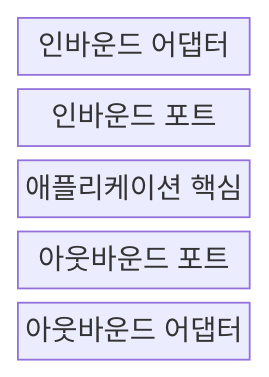
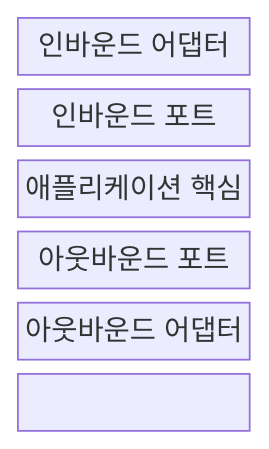
Before and after one commit to agnusdei1207/knowledge-base: the first of 2 diagrams in src/content/docs/notes/03-software/048_hexagonal_architecture.md, drawn with Mermaid. The commit also changed other lines of this file and 238 other files, not shown here.

````diff
--- a/src/content/docs/notes/03-software/048_hexagonal_architecture.md
+++ b/src/content/docs/notes/03-software/048_hexagonal_architecture.md
@@ -60,9 +60,11 @@
 ```mermaid
-block
+block-beta
   columns 1
   IA["인바운드 어댑터"]
   IP["인바운드 포트"]
   C["애플리케이션 핵심"]
   OP["아웃바운드 포트"]
   OA["아웃바운드 어댑터"]
+  IA --- IP --- C
+  C --- OP --- OA
 ```
````
